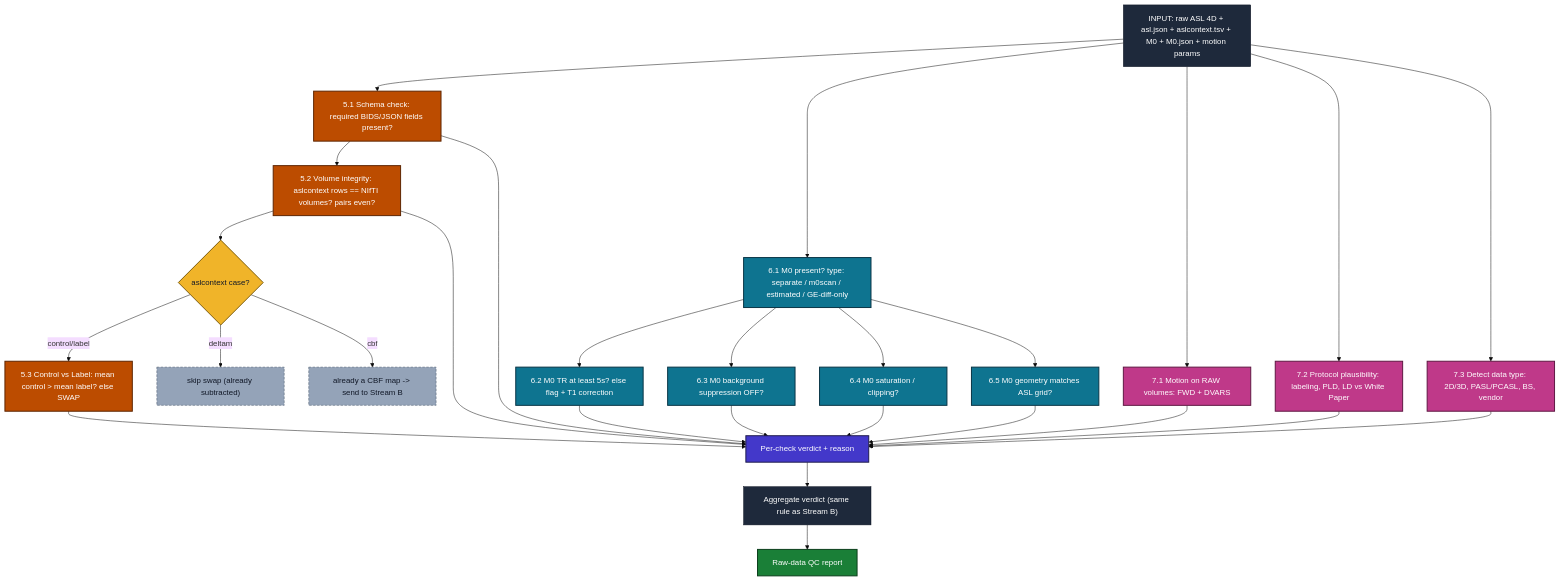
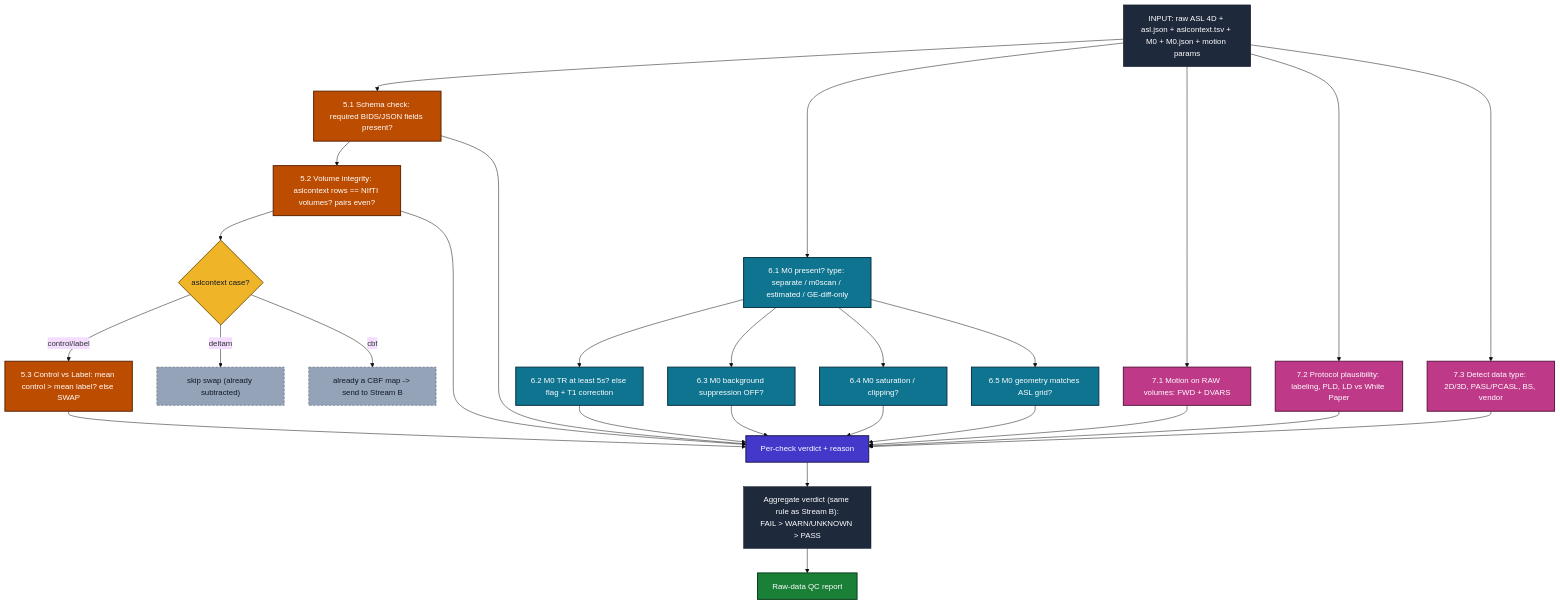
One commit to Jitmisra/OSIPI-DOCS changed the fourth of 4 diagrams in qc-design.md. Above: the diagram before and after it, drawn with Mermaid (base theme). The commit also changed other lines of this file, not shown here.

````diff
--- a/qc-design.md
+++ b/qc-design.md
@@ -317,49 +334,49 @@
 ```mermaid
 flowchart TD
   A["INPUT: raw ASL 4D + asl.json + aslcontext.tsv + M0 + M0.json + motion params"] --> M51["5.1 Schema check: required BIDS/JSON fields present?"]
   M51 --> M52["5.2 Volume integrity: aslcontext rows == NIfTI volumes? pairs even?"]
   M52 --> S3{"aslcontext case?"}
   S3 -->|"control/label"| M53["5.3 Control vs Label: mean control > mean label? else SWAP"]
   S3 -->|"deltam"| SK1["skip swap (already subtracted)"]
   S3 -->|"cbf"| SK2["already a CBF map -> send to Stream B"]
 
   A --> M61["6.1 M0 present? type: separate / m0scan / estimated / GE-diff-only"]
   M61 --> M62["6.2 M0 TR at least 5s? else flag + T1 correction"]
   M61 --> M63["6.3 M0 background suppression OFF?"]
   M61 --> M64["6.4 M0 saturation / clipping?"]
   M61 --> M65["6.5 M0 geometry matches ASL grid?"]
 
   A --> M71["7.1 Motion on RAW volumes: FWD + DVARS"]
   A --> M72["7.2 Protocol plausibility: labeling, PLD, LD vs White Paper"]
   A --> M73["7.3 Detect data type: 2D/3D, PASL/PCASL, BS, vendor"]
 
   M53 --> V["Per-check verdict + reason"]
   M62 --> V
   M63 --> V
   M64 --> V
   M65 --> V
   M71 --> V
   M72 --> V
   M73 --> V
   M51 --> V
   M52 --> V
-  V --> AGG["Aggregate verdict (same rule as Stream B)"]
+  V --> AGG["Aggregate verdict (same rule as Stream B):<br/>FAIL > WARN/UNKNOWN > PASS"]
   AGG --> REP["Raw-data QC report"]
 
   classDef struct fill:#1e293b,color:#fff,stroke:#0b1220,stroke-width:1px;
   classDef collect fill:#4338ca,color:#fff,stroke:#1e1b4b,stroke-width:2px;
   classDef decision fill:#f0b429,color:#111827,stroke:#7d5e0f,stroke-width:2px;
   classDef skip fill:#94a3b8,color:#111827,stroke:#475569,stroke-width:1px,stroke-dasharray:5 3;
   classDef m5 fill:#bc4c00,color:#fff,stroke:#5c2400,stroke-width:2px;
   classDef m6 fill:#0e7490,color:#fff,stroke:#083344,stroke-width:2px;
   classDef m7 fill:#bf3989,color:#fff,stroke:#5e1742,stroke-width:2px;
   classDef report fill:#1a7f37,color:#fff,stroke:#0b3d1a,stroke-width:2px;
   class A,AGG struct;
   class V collect;
   class S3 decision;
   class SK1,SK2 skip;
   class M51,M52,M53 m5;
   class M61,M62,M63,M64,M65 m6;
   class M71,M72,M73 m7;
   class REP report;
 ```
````
